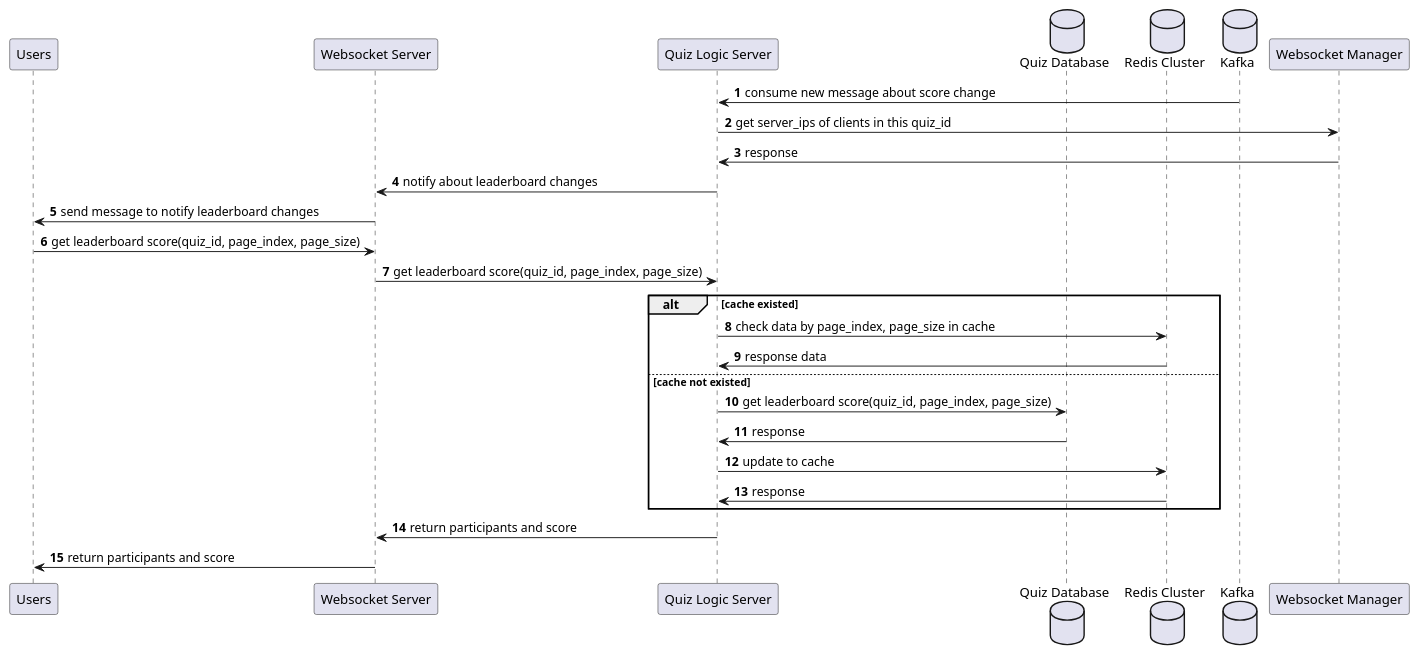
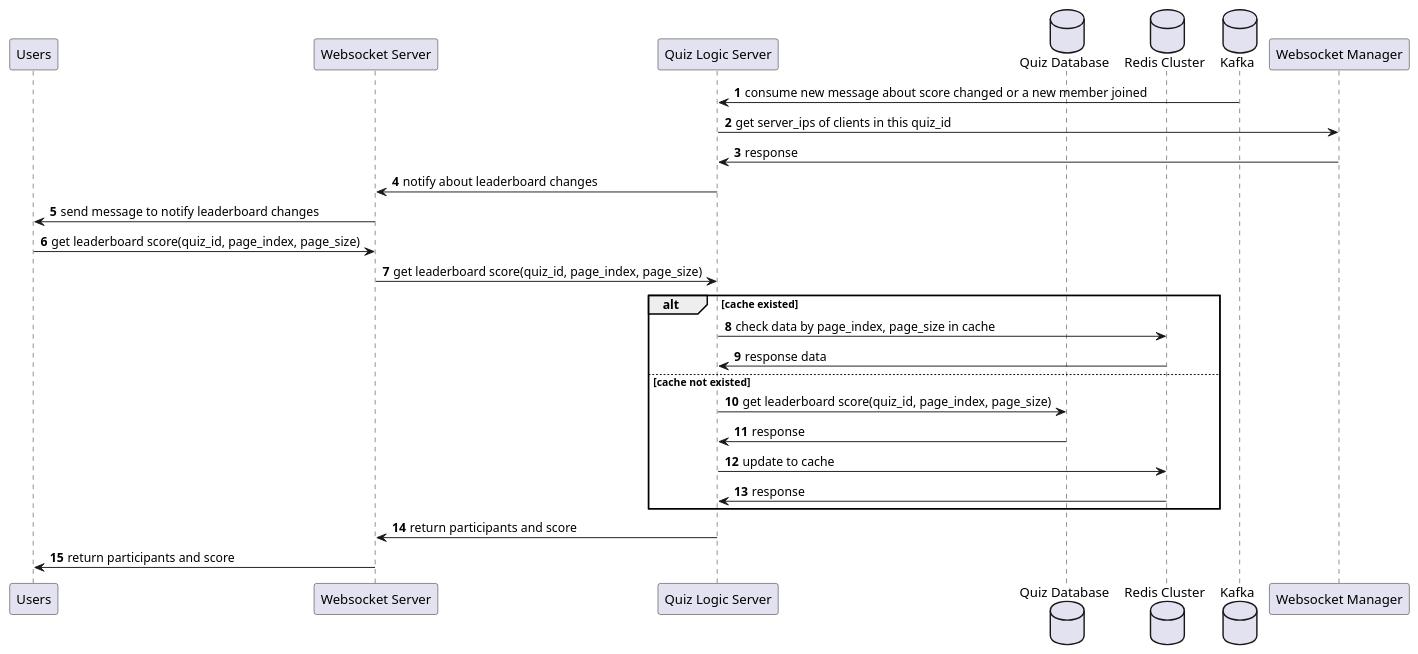
The diagram in document/update_leaderboard.puml (luulethe/quiz), drawn with PlantUML before and after one commit. The commit also changed 1 other file, not shown here.

Commit message:
Update sequence data for update leaderboard

```diff
--- a/document/update_leaderboard.puml
+++ b/document/update_leaderboard.puml
@@ -1,36 +1,36 @@
 @startuml
 autonumber
 
 participant "Users" as users
 participant "Websocket Server" as ws
 participant "Quiz Logic Server" as qs
 database "Quiz Database" as db
 database "Redis Cluster" as redis
 database "Kafka" as kafka
 participant "Websocket Manager" as wsm
 
-kafka -> qs: consume new message about score change
+kafka -> qs: consume new message about score changed or a new member joined
 qs -> wsm: get server_ips of clients in this quiz_id
 wsm -> qs: response
 qs -> ws: notify about leaderboard changes
 ws -> users: send message to notify leaderboard changes
 users -> ws: get leaderboard score(quiz_id, page_index, page_size)
 ws -> qs: get leaderboard score(quiz_id, page_index, page_size)
 
 alt cache existed
     qs -> redis: check data by page_index, page_size in cache
     redis -> qs: response data
 else cache not existed
     qs -> db: get leaderboard score(quiz_id, page_index, page_size)
     db -> qs: response
     qs -> redis: update to cache
     redis -> qs: response
 end
 qs -> ws: return participants and score
 ws -> users: return participants and score
 
 
 
 
 
 @enduml
```
